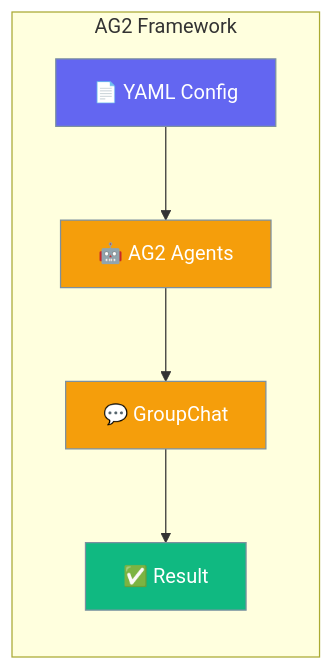
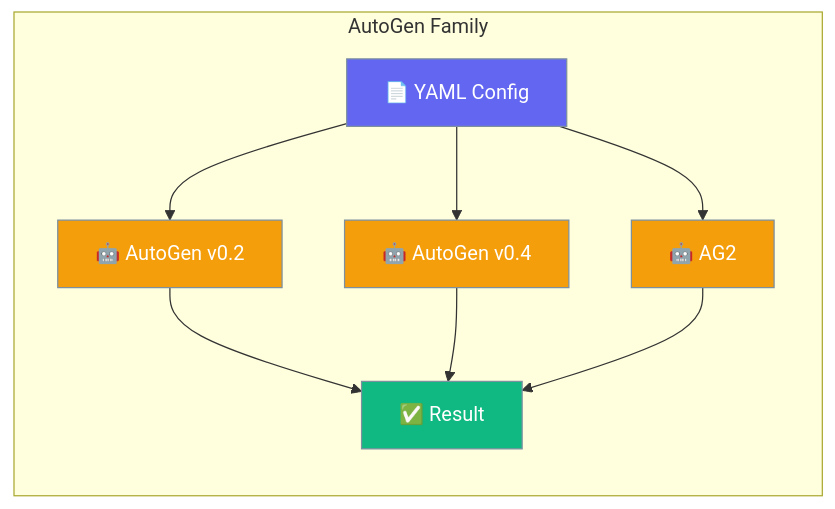
The first of 4 diagrams in docs/framework/autogen.mdx (MervinPraison/PraisonAIDocs), drawn with Mermaid before and after one commit. The commit also changed other lines of this file and 5 other files, not shown here.

````diff
--- a/docs/framework/autogen.mdx
+++ b/docs/framework/autogen.mdx
@@ -13,16 +13,19 @@
 ```mermaid
 graph LR
-    subgraph "AG2 Framework"
-        YAML[📄 YAML Config] --> Agents[🤖 AG2 Agents]
-        Agents --> GC[💬 GroupChat]
-        GC --> Result[✅ Result]
+    subgraph "AutoGen Family"
+        YAML[📄 YAML Config] --> V2[🤖 AutoGen v0.2]
+        YAML --> V4[🤖 AutoGen v0.4]
+        YAML --> AG2[🤖 AG2]
+        V2 --> Result[✅ Result]
+        V4 --> Result
+        AG2 --> Result
     end
 
     classDef input fill:#6366F1,stroke:#7C90A0,color:#fff
     classDef process fill:#F59E0B,stroke:#7C90A0,color:#fff
     classDef output fill:#10B981,stroke:#7C90A0,color:#fff
 
     class YAML input
-    class Agents,GC process
+    class V2,V4,AG2 process
     class Result output
 ```
````
